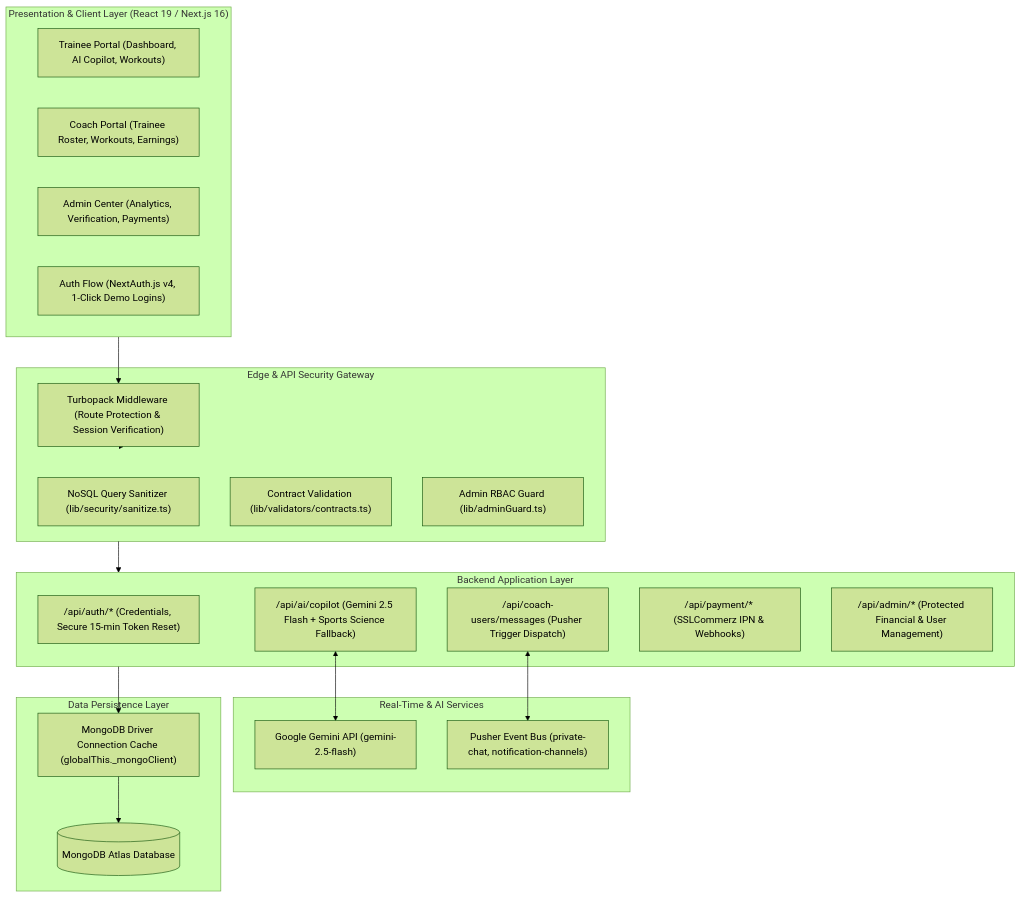
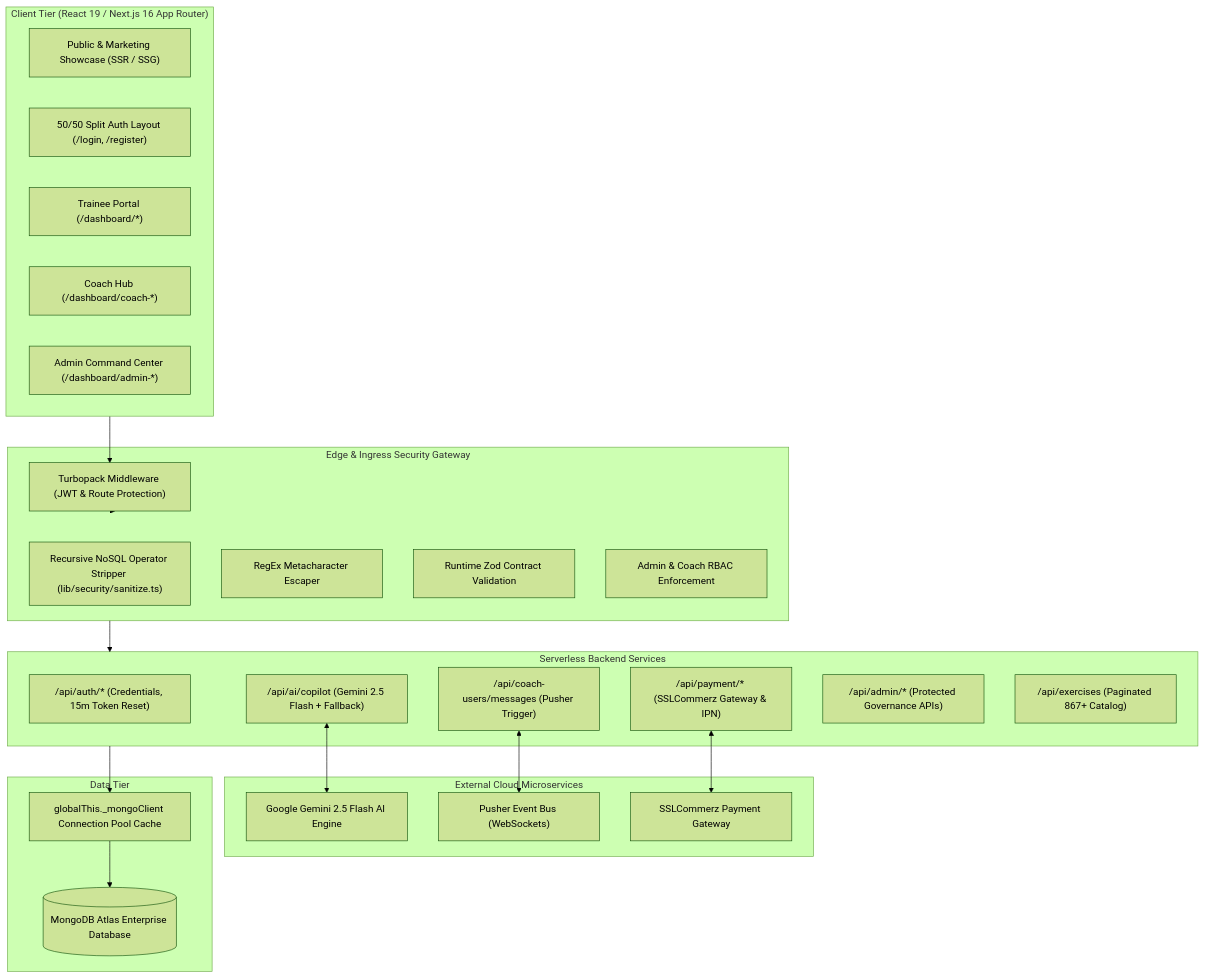
One commit to dev-golamrabbi-222005-mern/FLEXIFY changed the diagram in README.md. Above: the diagram before and after it, drawn with Mermaid (forest theme). The commit also changed other lines of this file and 1 other file, not shown here.

````diff
--- a/README.md
+++ b/README.md
@@ -27,40 +54,45 @@
 ```mermaid
 flowchart TD
-    subgraph Client["Presentation & Client Layer (React 19 / Next.js 16)"]
-        UI_Trainee["Trainee Portal (Dashboard, AI Copilot, Workouts)"]
-        UI_Coach["Coach Portal (Trainee Roster, Workouts, Earnings)"]
-        UI_Admin["Admin Center (Analytics, Verification, Payments)"]
-        UI_Auth["Auth Flow (NextAuth.js v4, 1-Click Demo Logins)"]
+    subgraph Presentation["Client Tier (React 19 / Next.js 16 App Router)"]
+        PublicViews["Public & Marketing Showcase (SSR / SSG)"]
+        AuthView["50/50 Split Auth Layout (/login, /register)"]
+        UserPortal["Trainee Portal (/dashboard/*)"]
+        CoachPortal["Coach Hub (/dashboard/coach-*)"]
+        AdminPortal["Admin Command Center (/dashboard/admin-*)"]
     end
 
-    subgraph Security["Edge & API Security Gateway"]
-        MW["Turbopack Middleware (Route Protection & Session Verification)"]
-        Sanitize["NoSQL Query Sanitizer (lib/security/sanitize.ts)"]
-        Zod["Contract Validation (lib/validators/contracts.ts)"]
-        RBAC["Admin RBAC Guard (lib/adminGuard.ts)"]
+    subgraph SecurityGateway["Edge & Ingress Security Gateway"]
+        AuthGuard["Turbopack Middleware (JWT & Route Protection)"]
+        SanitizeLayer["Recursive NoSQL Operator Stripper (lib/security/sanitize.ts)"]
+        ReDoSGuard["RegEx Metacharacter Escaper"]
+        ZodContracts["Runtime Zod Contract Validation"]
+        RBAC["Admin & Coach RBAC Enforcement"]
     end
 
-    subgraph CoreServices["Backend Application Layer"]
-        API_Auth["/api/auth/* (Credentials, Secure 15-min Token Reset)"]
-        API_AI["/api/ai/copilot (Gemini 2.5 Flash + Sports Science Fallback)"]
-        API_Chat["/api/coach-users/messages (Pusher Trigger Dispatch)"]
-        API_Payments["/api/payment/* (SSLCommerz IPN & Webhooks)"]
-        API_Admin["/api/admin/* (Protected Financial & User Management)"]
+    subgraph ApplicationServices["Serverless Backend Services"]
+        AuthAPI["/api/auth/* (Credentials, 15m Token Reset)"]
+        CopilotAPI["/api/ai/copilot (Gemini 2.5 Flash + Fallback)"]
+        RealtimeAPI["/api/coach-users/messages (Pusher Trigger)"]
+        PaymentAPI["/api/payment/* (SSLCommerz Gateway & IPN)"]
+        AdminAPI["/api/admin/* (Protected Governance APIs)"]
+        CatalogAPI["/api/exercises (Paginated 867+ Catalog)"]
     end
 
-    subgraph External["Real-Time & AI Services"]
-        Gemini["Google Gemini API (gemini-2.5-flash)"]
-        Pusher["Pusher Event Bus (private-chat, notification-channels)"]
+    subgraph ExternalTier["External Cloud Microservices"]
+        Gemini["Google Gemini 2.5 Flash AI Engine"]
+        Pusher["Pusher Event Bus (WebSockets)"]
+        Gateway["SSLCommerz Payment Gateway"]
     end
 
-    subgraph DataTier["Data Persistence Layer"]
-        Pool["MongoDB Driver Connection Cache (globalThis._mongoClient)"]
-        Atlas[("MongoDB Atlas Database")]
+    subgraph Persistence["Data Tier"]
+        PoolCache["globalThis._mongoClient Connection Pool Cache"]
+        AtlasDB[("MongoDB Atlas Enterprise Database")]
     end
 
-    Client --> MW --> Security
-    Security --> CoreServices
-    API_AI <--> Gemini
-    API_Chat <--> Pusher
-    CoreServices --> Pool --> Atlas
+    Presentation --> AuthGuard --> SecurityGateway
+    SecurityGateway --> ApplicationServices
+    CopilotAPI <--> Gemini
+    RealtimeAPI <--> Pusher
+    PaymentAPI <--> Gateway
+    ApplicationServices --> PoolCache --> AtlasDB
 ```
````
